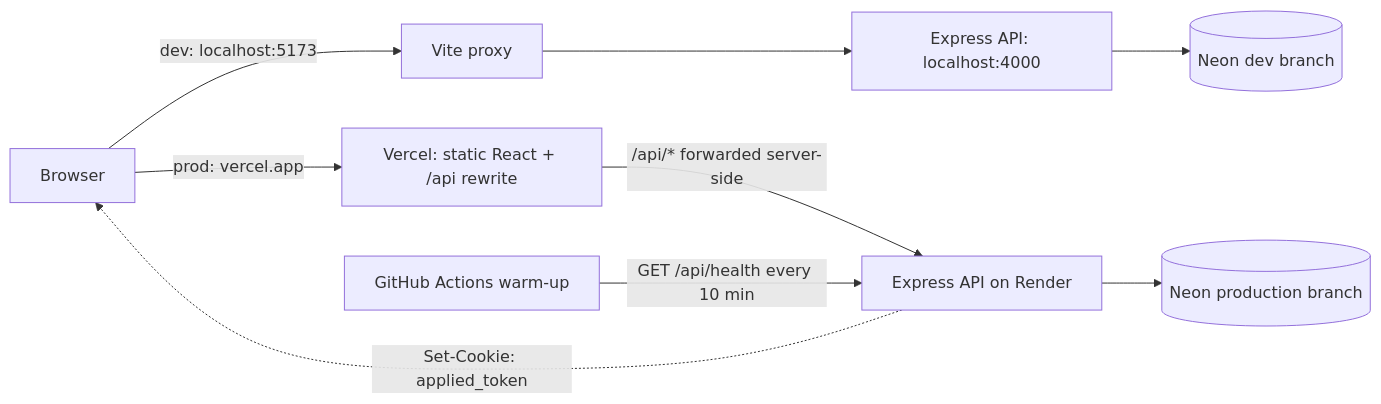
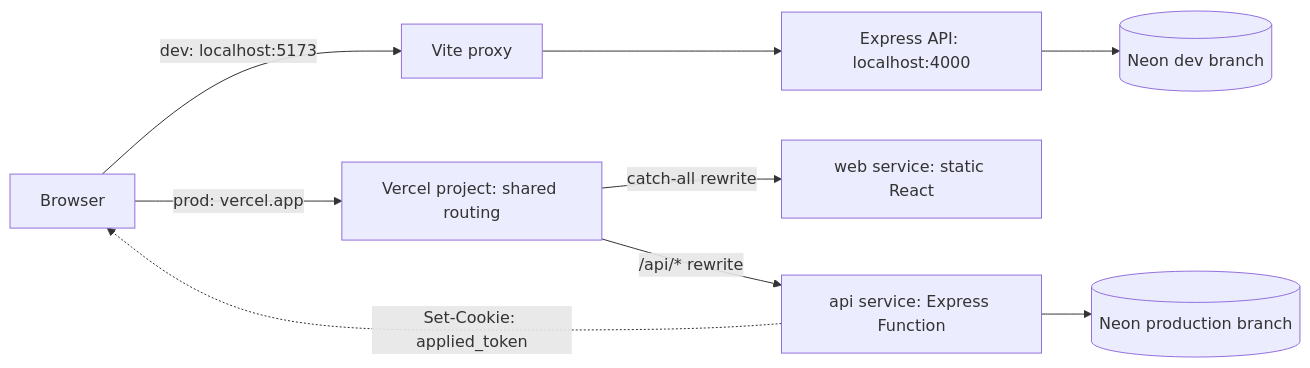
One commit to LyraCS/applied changed the first of 5 diagrams in docs/ARCHITECTURE.md. Above: the diagram before and after it, drawn with Mermaid. The commit also changed other lines of this file and 12 other files, not shown here.

Commit message:
config: deploy API and web as Vercel Services

````diff
--- a/docs/ARCHITECTURE.md
+++ b/docs/ARCHITECTURE.md
@@ -7,11 +7,11 @@
 ```mermaid
 flowchart LR
     B[Browser] -->|dev: localhost:5173| V[Vite proxy]
-    B -->|prod: vercel.app| C[Vercel: static React + /api rewrite]
+    B -->|prod: vercel.app| C[Vercel project: shared routing]
+    C -->|/api/* rewrite| API[api service: Express Function]
+    C -->|catch-all rewrite| WEB[web service: static React]
     V --> A[Express API: localhost:4000]
-    C -->|/api/* forwarded server-side| R[Express API on Render]
-    W[GitHub Actions warm-up] -->|GET /api/health every 10 min| R
     A --> D[(Neon dev branch)]
-    R --> P[(Neon production branch)]
-    R -. Set-Cookie: applied_token .-> B
+    API --> P[(Neon production branch)]
+    API -. Set-Cookie: applied_token .-> B
 ```
````
